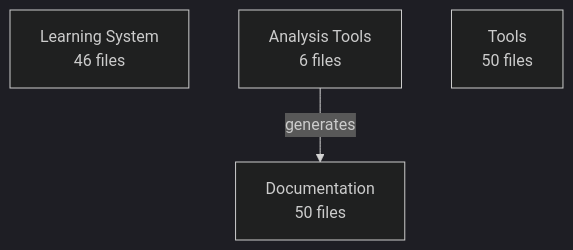
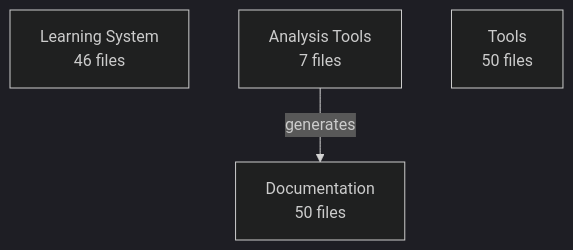
Before and after one commit to enufacas/Chained: the diagram in docs/data/architecture/architecture.mmd, drawn with Mermaid (dark theme). The commit also changed 6 other files, not shown here.

First line of the commit message:
🏗️ Update architecture evolution tracking

```diff
--- a/docs/data/architecture/architecture.mmd
+++ b/docs/data/architecture/architecture.mmd
@@ -1,6 +1,6 @@
 graph TD
     learning_system[Learning System<br/>46 files]
-    analysis_tools[Analysis Tools<br/>6 files]
+    analysis_tools[Analysis Tools<br/>7 files]
     documentation[Documentation<br/>50 files]
     tools[Tools<br/>50 files]
     analysis_tools -->|generates| documentation
```
